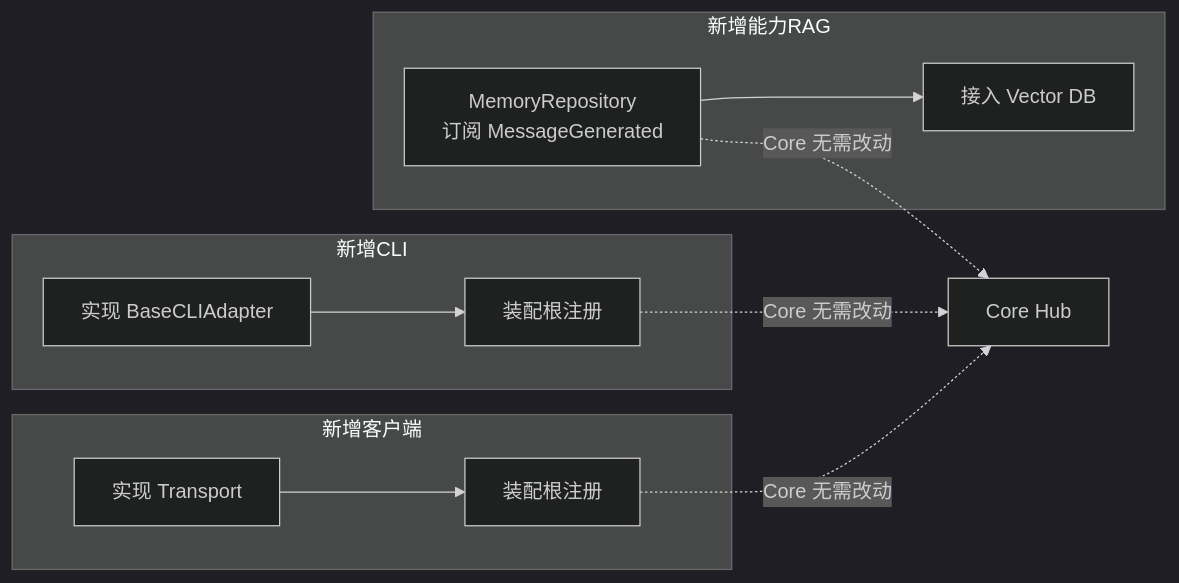
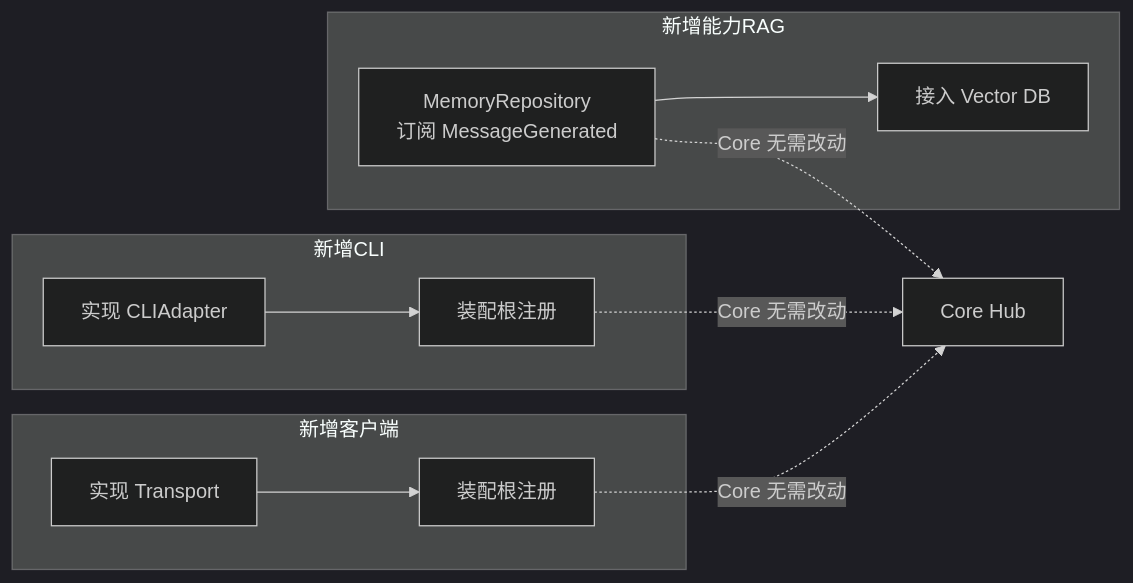
Diagram 15 of 15 in docs/02-Architecture.md (ygq-future/ai-cli-hub), drawn with Mermaid (dark theme) before and after one commit. The commit also changed other lines of this file and 7 other files, not shown here.

````diff
--- a/docs/02-Architecture.md
+++ b/docs/02-Architecture.md
@@ -601,13 +614,13 @@
 ```mermaid
 flowchart LR
     subgraph 新增CLI
-        NC[实现 BaseCLIAdapter] --> RC[装配根注册]
+        NC[实现 CLIAdapter] --> RC[装配根注册]
     end
     subgraph 新增客户端
         NT[实现 Transport] --> RT2[装配根注册]
     end
     subgraph 新增能力RAG
         NM[MemoryRepository<br/>订阅 MessageGenerated] --> NV[接入 Vector DB]
     end
     RC & RT2 & NM -.->|Core 无需改动| CORE[Core Hub]
 ```
````
